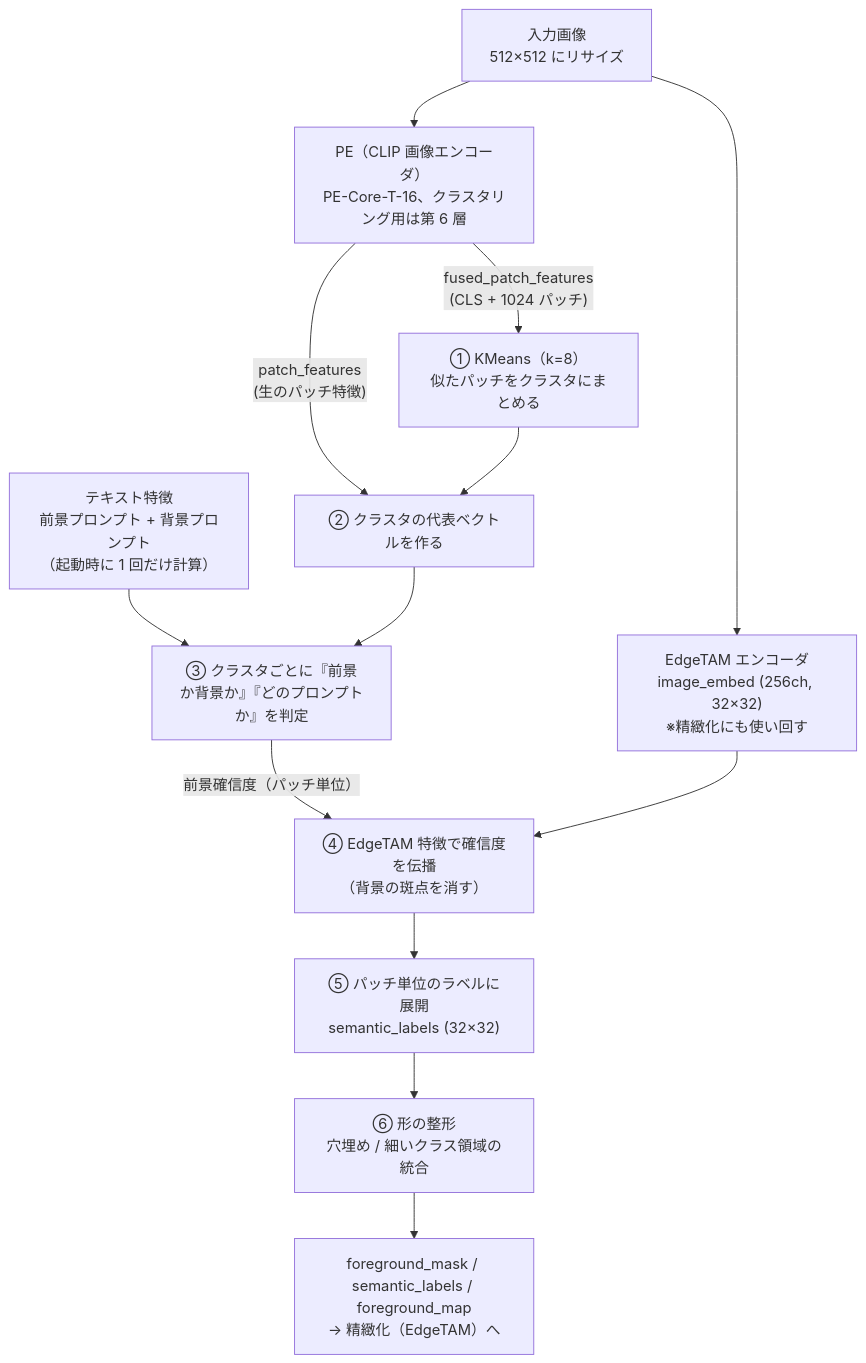
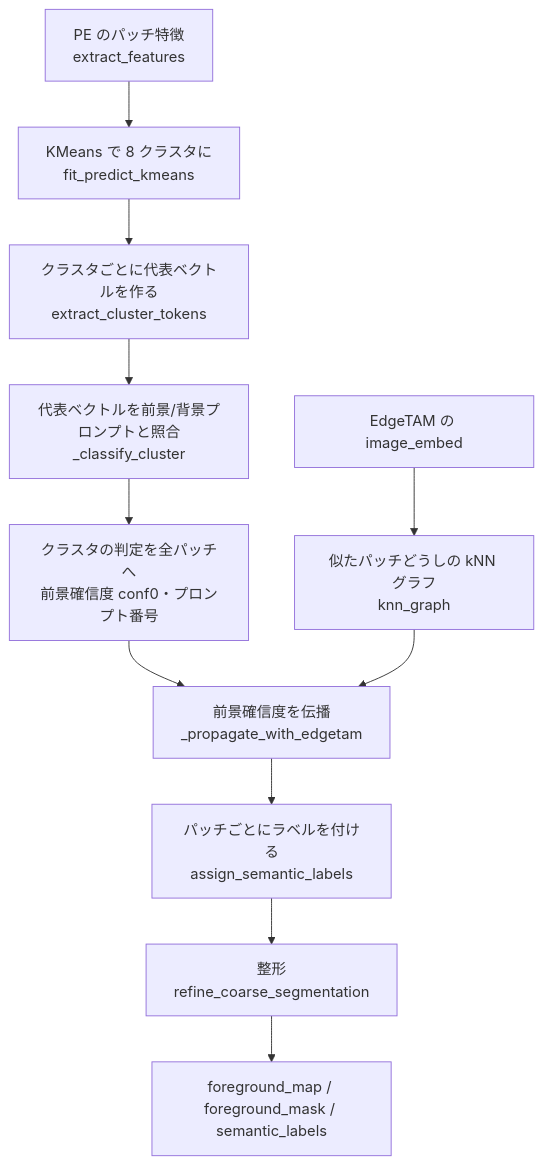
One commit to fklg-64/pe_anything_detect changed the first of 5 diagrams in docs/coarse_segmentation.md. Above: the diagram before and after it, drawn with Mermaid. The commit also changed other lines of this file and 46 other files, not shown here.

````diff
--- a/docs/coarse_segmentation.md
+++ b/docs/coarse_segmentation.md
@@ -23,16 +15,13 @@
 ```mermaid
 flowchart TD
-    IMG["入力画像<br/>512×512 にリサイズ"] --> PE["PE（CLIP 画像エンコーダ）<br/>PE-Core-T-16、クラスタリング用は第 6 層"]
-    IMG --> ET["EdgeTAM エンコーダ<br/>image_embed (256ch, 32×32)<br/>※精緻化にも使い回す"]
-
-    PE -->|"fused_patch_features<br/>(CLS + 1024 パッチ)"| KM["① KMeans（k=8）<br/>似たパッチをクラスタにまとめる"]
-    PE -->|"patch_features<br/>(生のパッチ特徴)"| TOK
-    KM --> TOK["② クラスタの代表ベクトルを作る"]
-    TXT["テキスト特徴<br/>前景プロンプト + 背景プロンプト<br/>（起動時に 1 回だけ計算）"] --> JUDGE
-    TOK --> JUDGE["③ クラスタごとに『前景か背景か』『どのプロンプトか』を判定"]
-    JUDGE -->|"前景確信度（パッチ単位）"| PROP["④ EdgeTAM 特徴で確信度を伝播<br/>（背景の斑点を消す）"]
-    ET --> PROP
-    PROP --> LAB["⑤ パッチ単位のラベルに展開<br/>semantic_labels (32×32)"]
-    LAB --> FIX["⑥ 形の整形<br/>穴埋め / 細いクラス領域の統合"]
-    FIX --> OUT["foreground_mask / semantic_labels / foreground_map<br/>→ 精緻化（EdgeTAM）へ"]
+    F["PE のパッチ特徴<br/>extract_features"] --> K["KMeans で 8 クラスタに<br/>fit_predict_kmeans"]
+    K --> T["クラスタごとに代表ベクトルを作る<br/>extract_cluster_tokens"]
+    T --> J["代表ベクトルを前景/背景プロンプトと照合<br/>_classify_cluster"]
+    J --> M["クラスタの判定を全パッチへ<br/>前景確信度 conf0・プロンプト番号"]
+    E["EdgeTAM の image_embed"] --> G["似たパッチどうしの kNN グラフ<br/>knn_graph"]
+    M --> P["前景確信度を伝播<br/>_propagate_with_edgetam"]
+    G --> P
+    P --> L["パッチごとにラベルを付ける<br/>assign_semantic_labels"]
+    L --> R["整形<br/>refine_coarse_segmentation"]
+    R --> O["foreground_map / foreground_mask / semantic_labels"]
 ```
````
